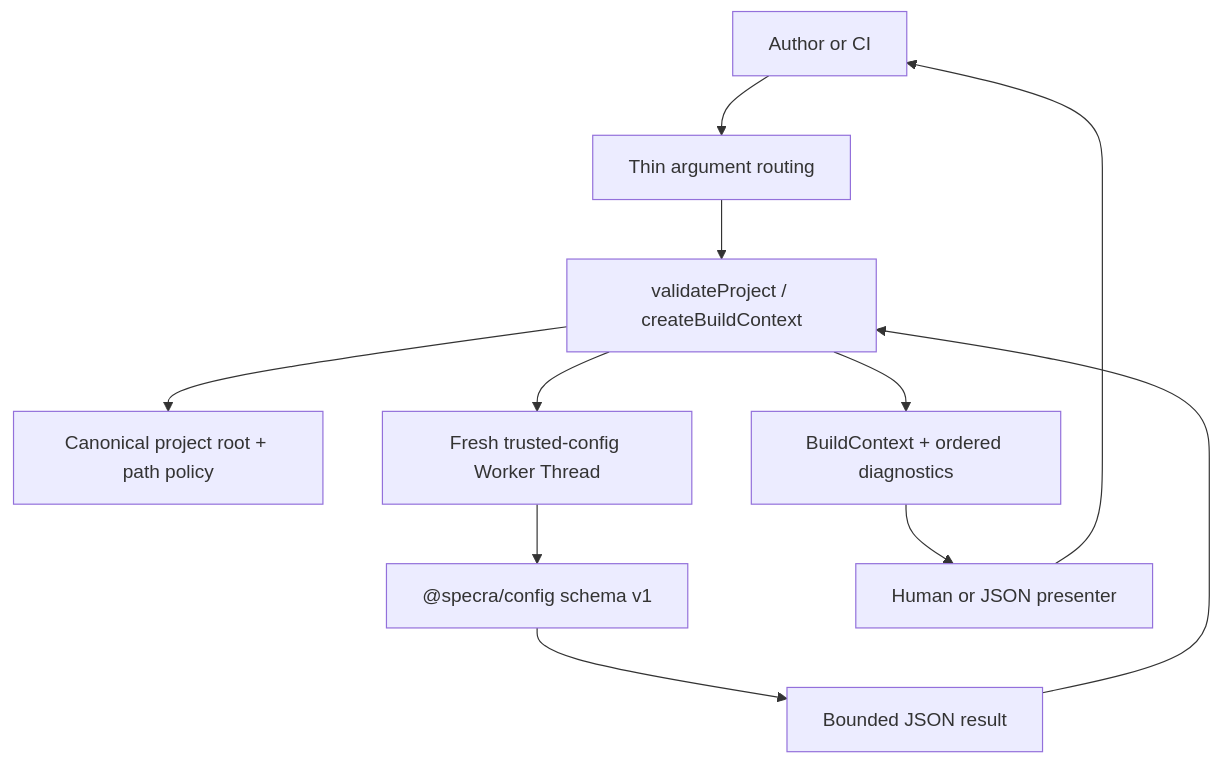
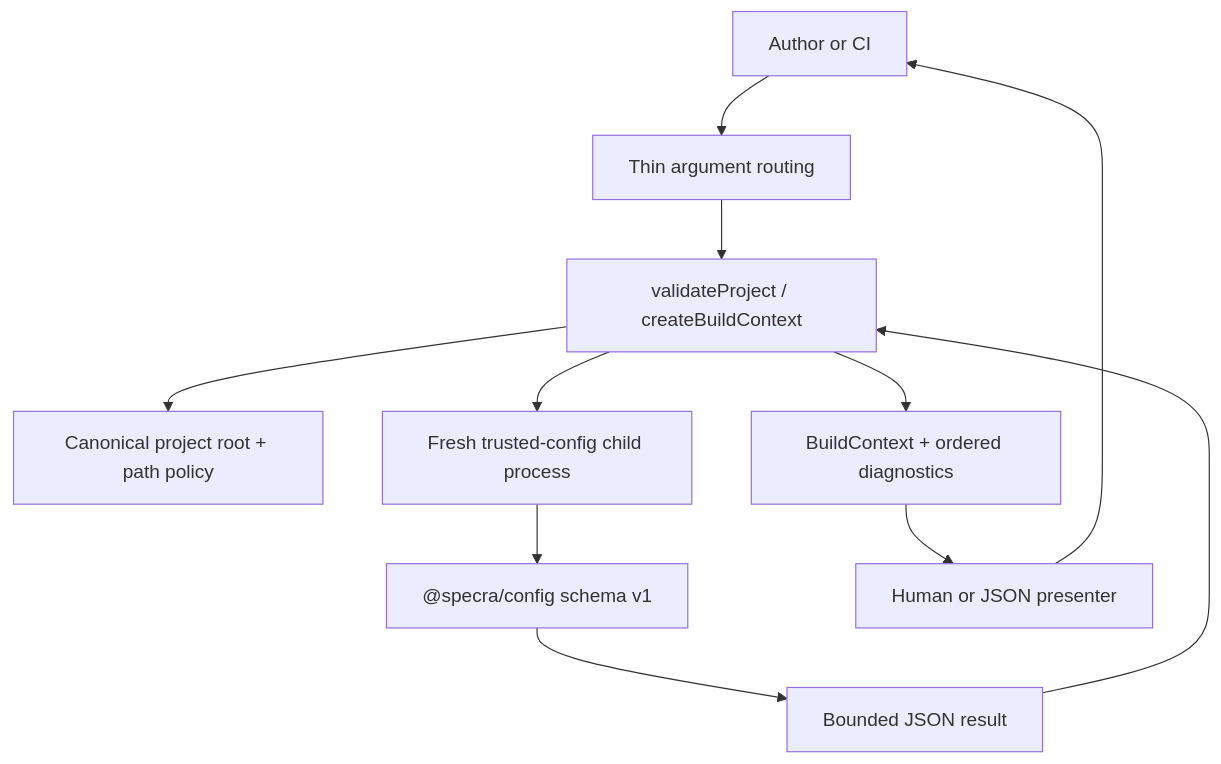
Before and after one commit to yannisyoussef/specistry: the fourth of 5 diagrams in docs/architecture/README.md, drawn with Mermaid. The commit also changed other lines of this file and 26 other files, not shown here.

````diff
--- a/docs/architecture/README.md
+++ b/docs/architecture/README.md
@@ -80,13 +80,13 @@
 ```mermaid
 flowchart TD
   User["Author or CI"] --> Args["Thin argument routing"]
   Args --> Validate["validateProject / createBuildContext"]
   Validate --> Root["Canonical project root + path policy"]
-  Validate --> Worker["Fresh trusted-config Worker Thread"]
-  Worker --> Schema["@specra/config schema v1"]
+  Validate --> ConfigProcess["Fresh trusted-config child process"]
+  ConfigProcess --> Schema["@specra/config schema v1"]
   Schema --> Boundary["Bounded JSON result"]
   Boundary --> Validate
   Validate --> Context["BuildContext + ordered diagnostics"]
   Context --> Presenter["Human or JSON presenter"]
   Presenter --> User
 ```
````
